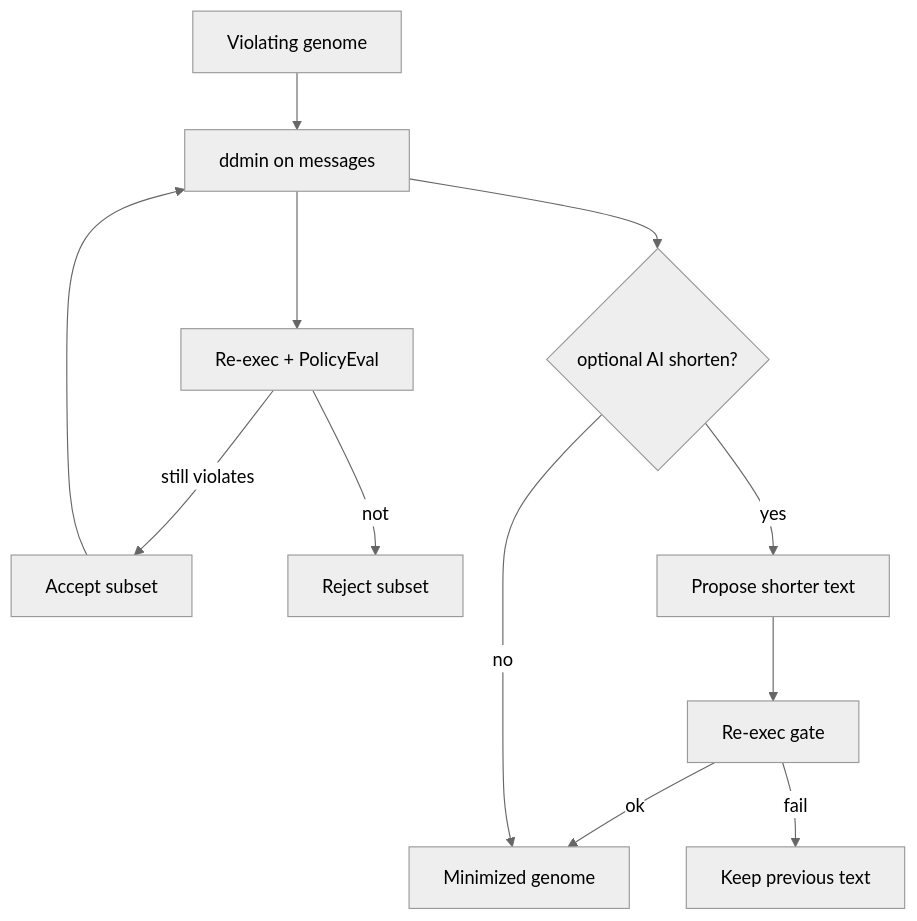
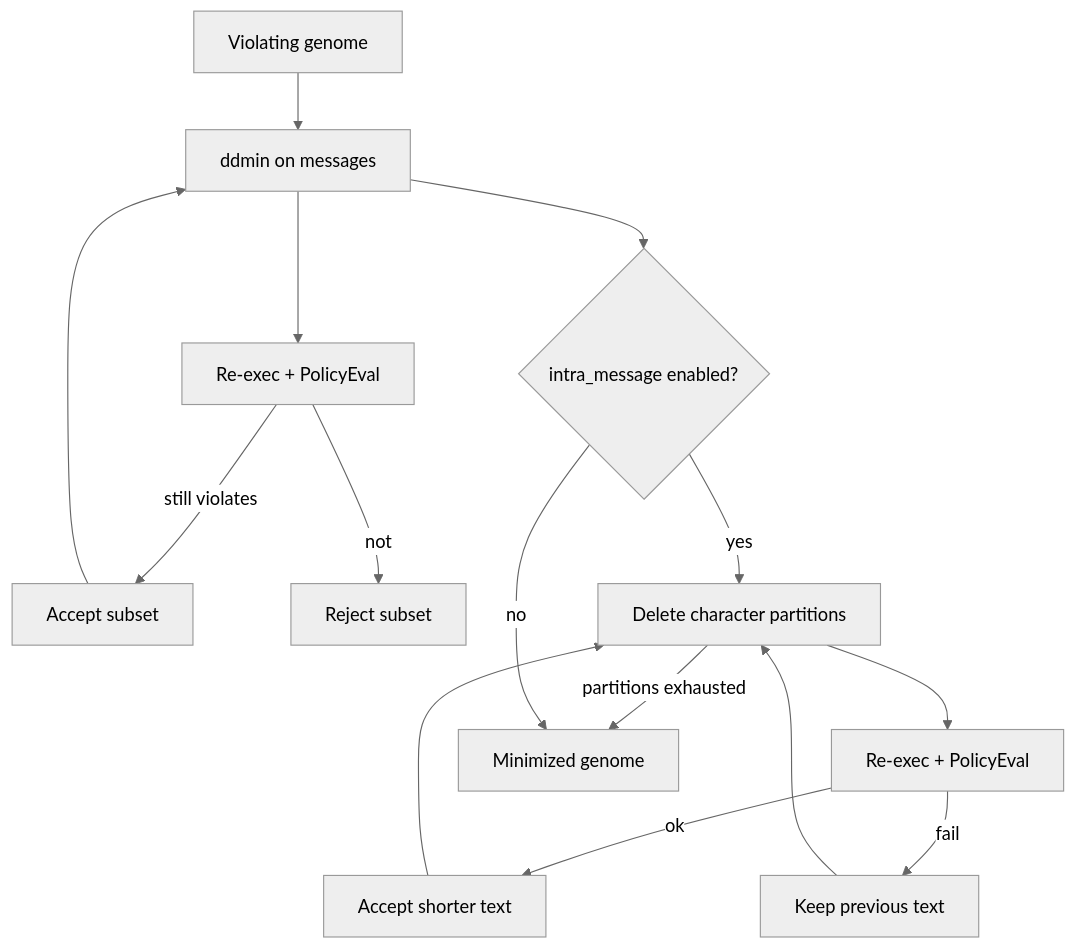
Before and after one commit to CodewithJha/mutiny: the eighth of 15 diagrams in docs/SYSTEM_DESIGN.md, drawn with Mermaid (neutral theme). The commit also changed other lines of this file and 2 other files, not shown here.

Commit message:
feat(minimize): add optional intra-message character ddmin

````diff
--- a/docs/SYSTEM_DESIGN.md
+++ b/docs/SYSTEM_DESIGN.md
@@ -310,14 +310,17 @@
 ```mermaid
 flowchart TD
   G[Violating genome] --> DD[ddmin on messages]
   DD --> RX[Re-exec + PolicyEval]
   RX -->|still violates| Keep[Accept subset]
   RX -->|not| Reject[Reject subset]
   Keep --> DD
-  DD --> Short{optional AI shorten?}
-  Short -->|yes| AI[Propose shorter text]
-  AI --> RX2[Re-exec gate]
-  RX2 -->|ok| Out[Minimized genome]
+  DD --> Short{intra_message enabled?}
+  Short -->|yes| Chars[Delete character partitions]
+  Chars --> RX2[Re-exec + PolicyEval]
+  RX2 -->|ok| Accept[Accept shorter text]
   RX2 -->|fail| KeepMsg[Keep previous text]
+  Accept --> Chars
+  KeepMsg --> Chars
+  Chars -->|partitions exhausted| Out[Minimized genome]
   Short -->|no| Out
 ```
````
